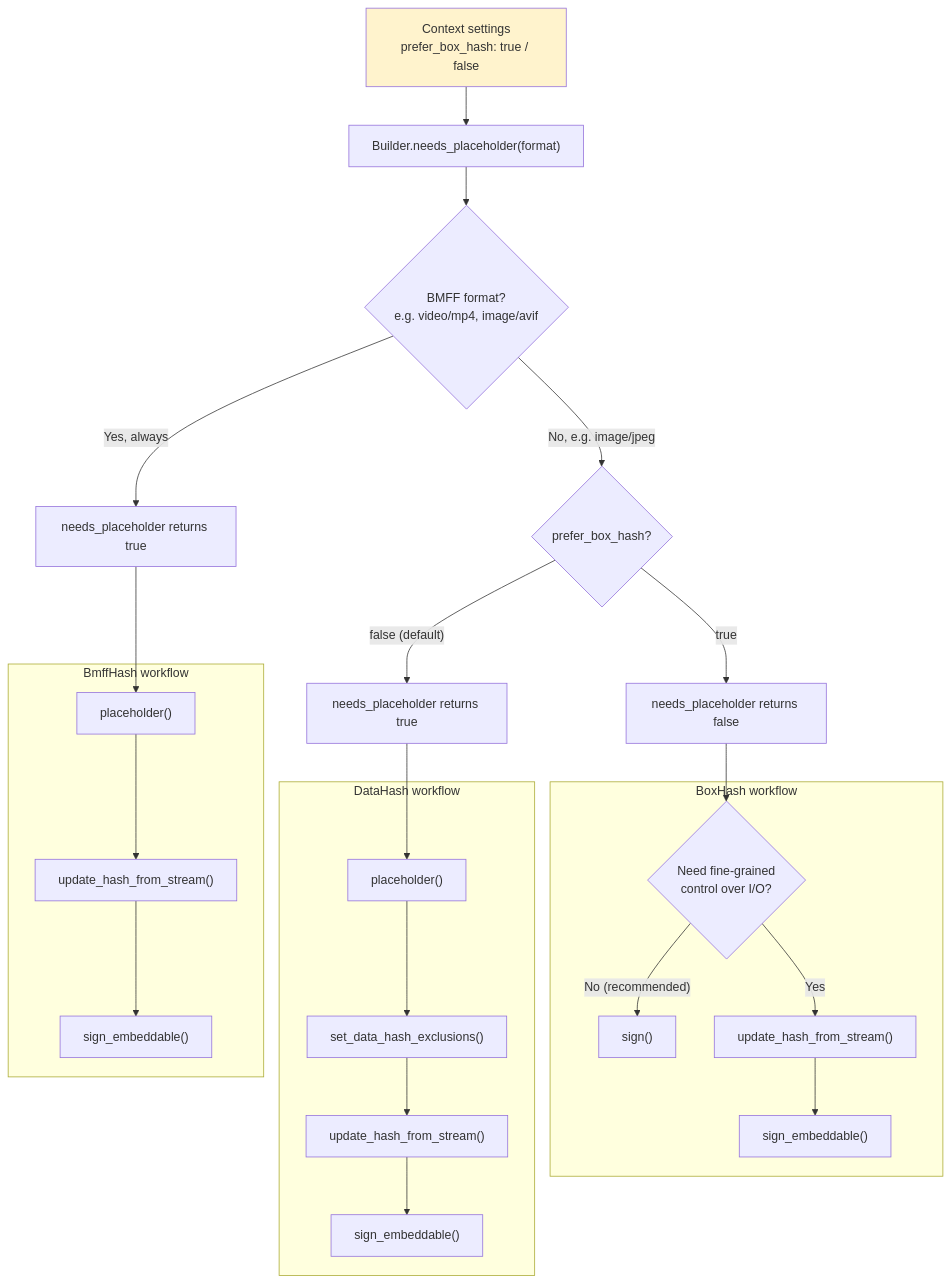
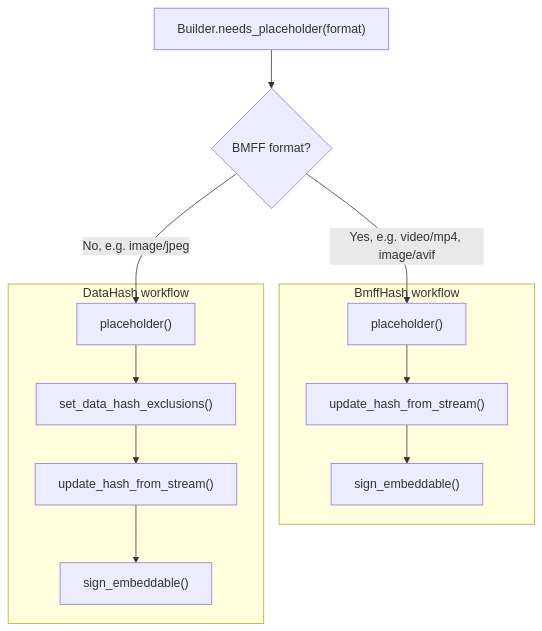
One commit to contentauth/c2pa-c changed the first of 6 diagrams in docs/embeddable-api.md. Above: the diagram before and after it, drawn with Mermaid. The commit also changed other lines of this file, not shown here.

Commit message:
Remove BoxHash workflow per Gavin

````diff
--- a/docs/embeddable-api.md
+++ b/docs/embeddable-api.md
@@ -51,34 +54,19 @@
 ```mermaid
 flowchart TD
-    Settings["Context settings<br/>prefer_box_hash: true / false"]
+    
     Start["Builder.needs_placeholder(format)"]
+    Start --> IsBmff{BMFF format?}
+    IsBmff -->|Yes, e.g. video/mp4, image/avif| BmffPH
+    IsBmff -->|No, e.g. image/jpeg| DHPH
 
-    Settings --> Start
-    Start --> IsBmff{BMFF format?<br/>e.g. video/mp4, image/avif}
-    IsBmff -->|Yes, always| BmffTrue["needs_placeholder returns true"]
-    IsBmff -->|No, e.g. image/jpeg| BoxCheck{"prefer_box_hash?"}
-    BoxCheck -->|"false (default)"| DHTrue["needs_placeholder returns true"]
-    BoxCheck -->|"true"| BHFalse["needs_placeholder returns false"]
-
-    BmffTrue --> BmffPH["placeholder()"]
     subgraph BmffFlow ["BmffHash workflow"]
-        BmffPH --> BmffHash["update_hash_from_stream()"]
+        BmffPH["placeholder()"] --> BmffHash["update_hash_from_stream()"]
         BmffHash --> BmffSign["sign_embeddable()"]
     end
 
-    DHTrue --> DHPH["placeholder()"]
     subgraph DHFlow ["DataHash workflow"]
-        DHPH --> DHExcl["set_data_hash_exclusions()"]
+        DHPH["placeholder()"] --> DHExcl["set_data_hash_exclusions()"]
         DHExcl --> DHHash["update_hash_from_stream()"]
         DHHash --> DHSign["sign_embeddable()"]
     end
-
-    BHFalse --> BHChoice{"Need fine-grained<br/>control over I/O?"}
-    subgraph BHFlow ["BoxHash workflow"]
-        BHChoice -->|"No (recommended)"| BHSign["sign()"]
-        BHChoice -->|Yes| BHHash["update_hash_from_stream()"]
-        BHHash --> BHSignEmb["sign_embeddable()"]
-    end
-
-    style Settings fill:#fff3cd
 ```
````
